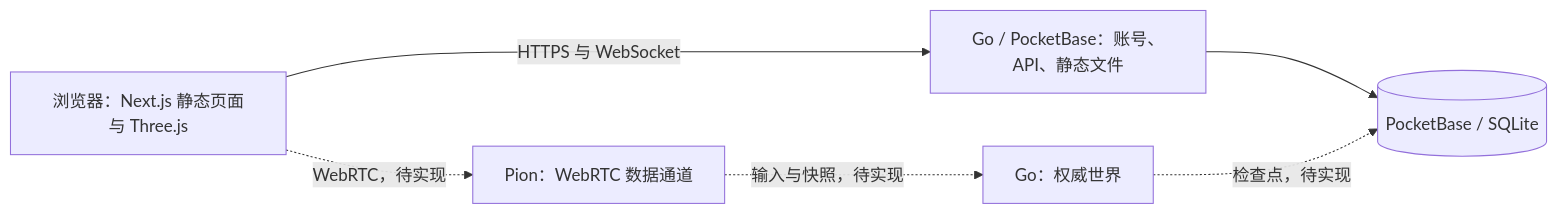
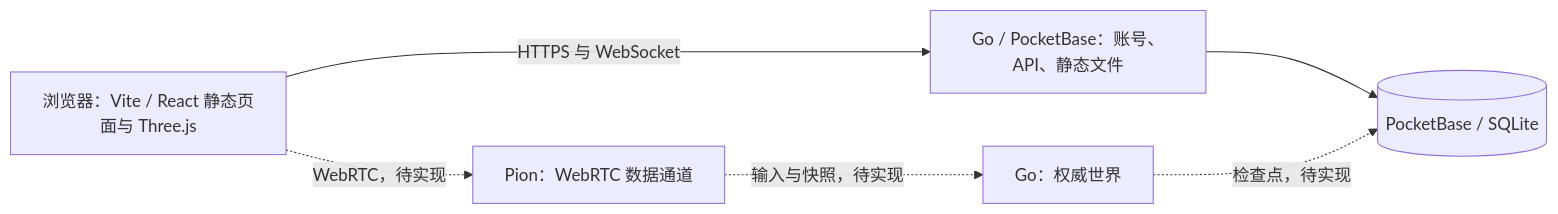
The diagram in spec/README.md (saurlax/dlut-online), drawn with Mermaid before and after one commit. The commit also changed other lines of this file and 46 other files, not shown here.

````diff
--- a/spec/README.md
+++ b/spec/README.md
@@ -9,13 +9,13 @@
 ```mermaid
 flowchart LR
-  Browser[浏览器：Next.js 静态页面与 Three.js]
+  Browser[浏览器：Vite / React 静态页面与 Three.js]
   HTTP[Go / PocketBase：账号、API、静态文件]
   RTC[Pion：WebRTC 数据通道]
   World[Go：权威世界]
   DB[(PocketBase / SQLite)]
   Browser -->|HTTPS 与 WebSocket| HTTP
   Browser -. WebRTC，待实现 .-> RTC
   RTC -. 输入与快照，待实现 .-> World
   HTTP --> DB
   World -. 检查点，待实现 .-> DB
 ```
````
